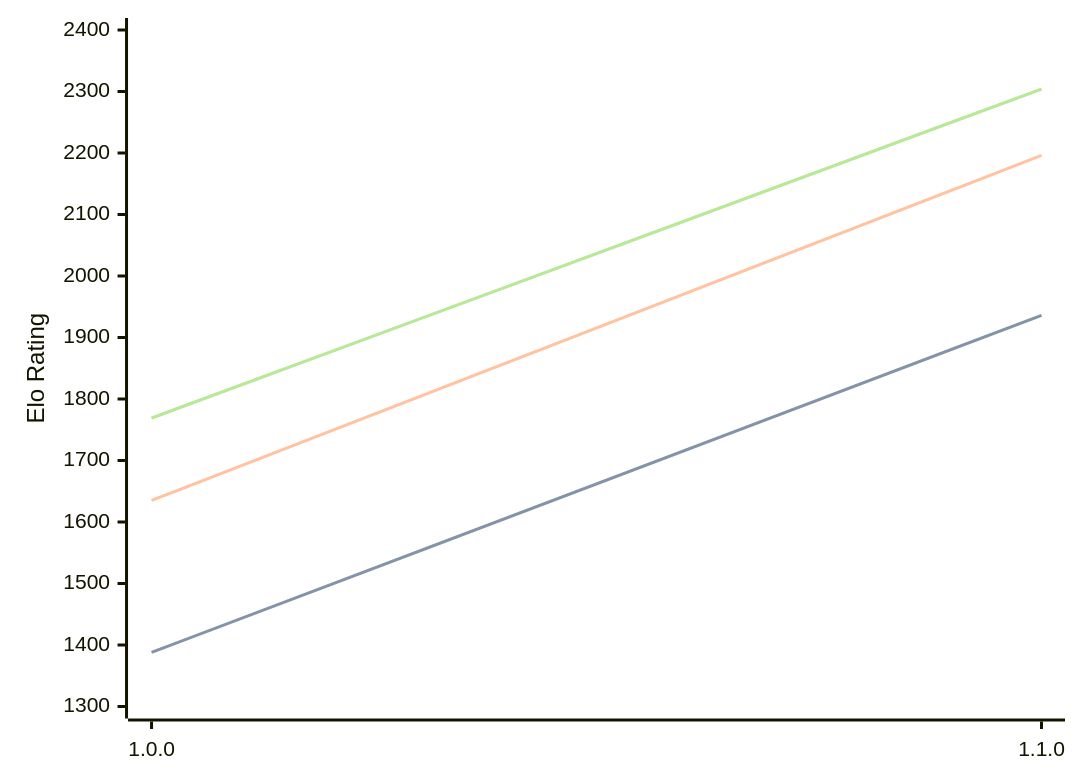
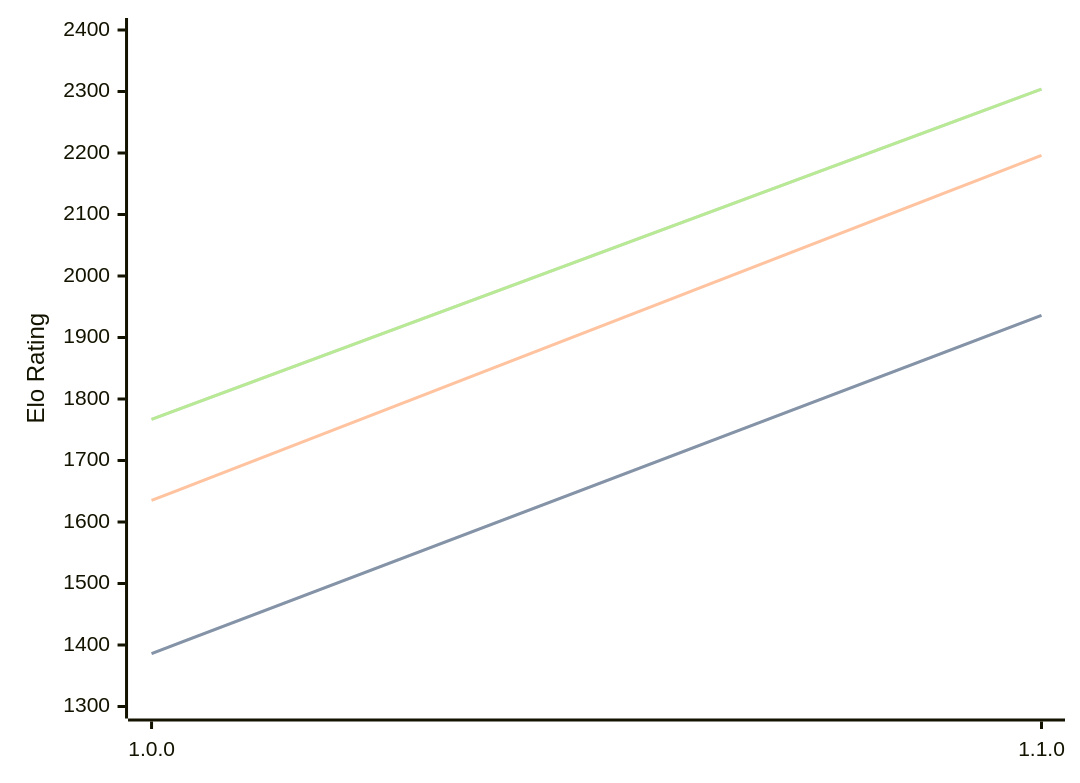
The diagram in engines/Akerbeltz.md (computer-chess-index/cci), drawn with Mermaid before and after one commit. The commit also changed other lines of this file, not shown here.

Commit message:
Update CCI Ratings (ELO VLTC) - 2026-09-11

````diff
--- a/engines/Akerbeltz.md
+++ b/engines/Akerbeltz.md
@@ -32,11 +32,11 @@
 ```mermaid
 %%{init: {"theme":"base","themeVariables":{"seriesColors:['#a3a3a3','#222221','#faa371']}}}%%
 xychart-beta
   x-axis ["1.0.0", "1.1.0"]
   y-axis "Elo Rating" 1300 --> 2400
-  line "" [1388, 1936]
-  line "STC (8.0+0.08s)" [1388, 1936]
+  line "" [1386, 1936]
+  line "STC (8.0+0.08s)" [1386, 1936]
   line "LTC (60.0+0.60s)" [1635, 2196]
-  line "" [1769, 2304]
-  line "VLTC (2m24s+1.12s)" [1769, 2304]
+  line "" [1767, 2304]
+  line "VLTC (2m24s+1.12s)" [1767, 2304]
 ```
````
